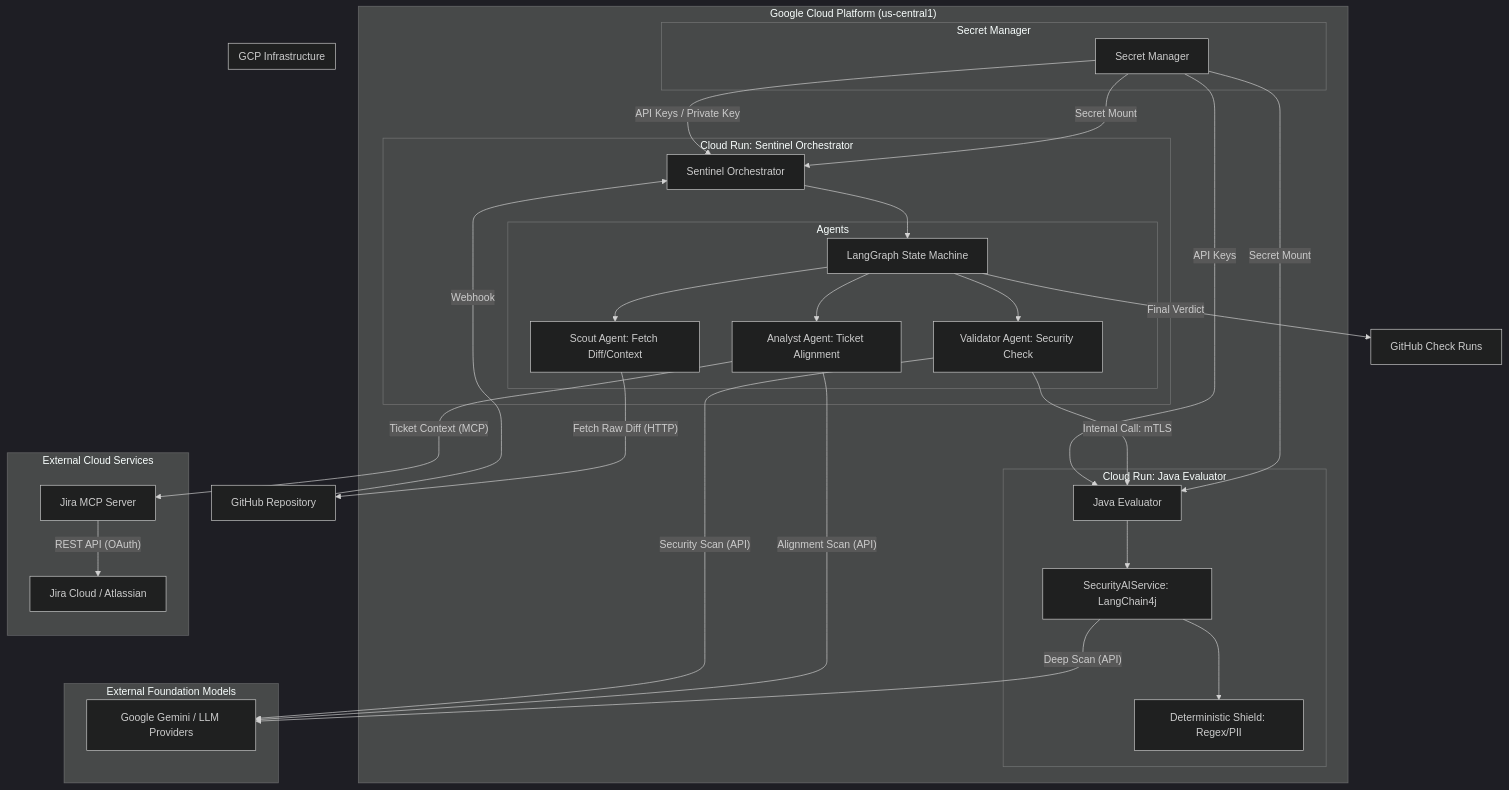
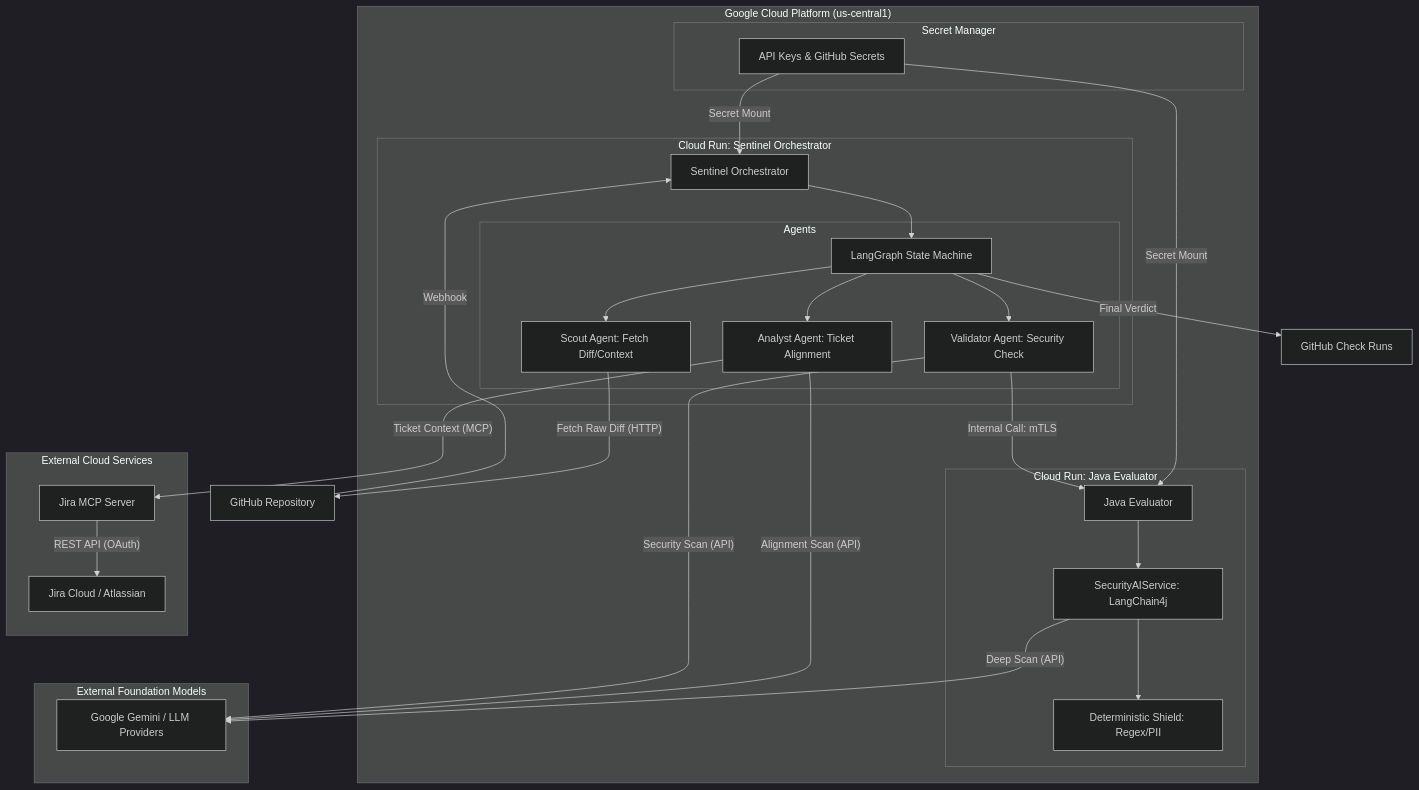
Before and after one commit to tbrom/pr-compliance-agent: the diagram in README.md, drawn with Mermaid (dark theme).

Commit message:
docs: Clean up architectural diagram ghost tags

````diff
--- a/README.md
+++ b/README.md
@@ -11,46 +11,41 @@
 ```mermaid
 graph TB
     subgraph "Google Cloud Platform (us-central1)"
         subgraph "Cloud Run: Sentinel Orchestrator"
             C[Sentinel Orchestrator] --> D[LangGraph State Machine]
             subgraph "Agents"
                 D --> E[Scout Agent: Fetch Diff/Context]
                 D --> F[Analyst Agent: Ticket Alignment]
                 D --> G[Validator Agent: Security Check]
             end
         end
 
         subgraph "Cloud Run: Java Evaluator"
             H[Java Evaluator] --> I[SecurityAIService: LangChain4j]
             I --> J[Deterministic Shield: Regex/PII]
         end
 
         subgraph "Secret Manager"
             M[API Keys & GitHub Secrets]
         end
 
         M -- Secret Mount --> C
         M -- Secret Mount --> H
     end
 
     A[GitHub Repository] -- Webhook --> C
     E -- Fetch Raw Diff (HTTP) --> A
     F -- Ticket Context (MCP) --> N[Jira MCP Server]
     G -- Internal Call: mTLS --> H
     D -- Final Verdict --> K[GitHub Check Runs]
 
     subgraph "External Foundation Models"
         F -- Alignment Scan (API) --> L[Google Gemini / LLM Providers]
         G -- Security Scan (API) --> L
         I -- Deep Scan (API) --> L
     end
 
     subgraph "External Cloud Services"
         N -- REST API (OAuth) --> O[Jira Cloud / Atlassian]
     end
-
-    subgraph "GCP Infrastructure"
-        M[Secret Manager] -- API Keys / Private Key --> C
-        M -- API Keys --> H
-    end
 ```
````
